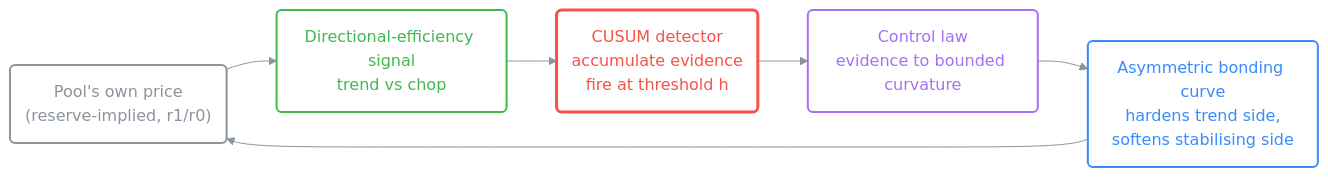
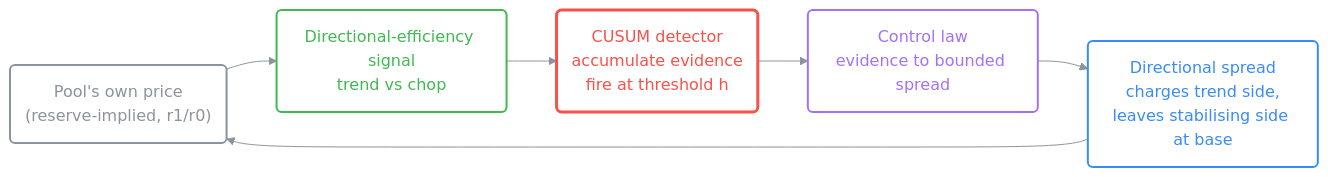
The first of 5 diagrams in README.md (Prakhar-30/POINCARE), drawn with Mermaid before and after one commit. The commit also changed other lines of this file and 13 other files, not shown here.

````diff
--- a/README.md
+++ b/README.md
@@ -83,19 +83,19 @@
 ```mermaid
 %%{init: {'theme':'base','themeVariables':{'fontFamily':'ui-monospace, monospace','primaryColor':'transparent','primaryTextColor':'#388bfd','primaryBorderColor':'#8b949e','lineColor':'#8b949e','tertiaryColor':'transparent','clusterBkg':'transparent','clusterBorder':'#8b949e'}}}%%
 flowchart LR
     PRICE("Pool's own price<br/>(reserve-implied, r1/r0)") --> SIG("Directional-efficiency signal<br/>trend vs chop")
     SIG --> CUSUM("CUSUM detector<br/>accumulate evidence<br/>fire at threshold h")
-    CUSUM --> LAW("Control law<br/>evidence to bounded curvature")
-    LAW --> CURVE("Asymmetric bonding curve<br/>hardens trend side,<br/>softens stabilising side")
+    CUSUM --> LAW("Control law<br/>evidence to bounded spread")
+    LAW --> CURVE("Directional spread<br/>charges trend side,<br/>leaves stabilising side at base")
     CURVE --> PRICE
     classDef io stroke:#8b949e,color:#8b949e,stroke-width:2px;
     classDef sig stroke:#3fb950,color:#3fb950,stroke-width:2px;
     classDef engine stroke:#f85149,color:#f85149,stroke-width:3px;
     classDef law stroke:#a371f7,color:#a371f7,stroke-width:2px;
     classDef curve stroke:#388bfd,color:#388bfd,stroke-width:2px;
     class PRICE io;
     class SIG sig;
     class CUSUM engine;
     class LAW law;
     class CURVE curve;
 ```
````
